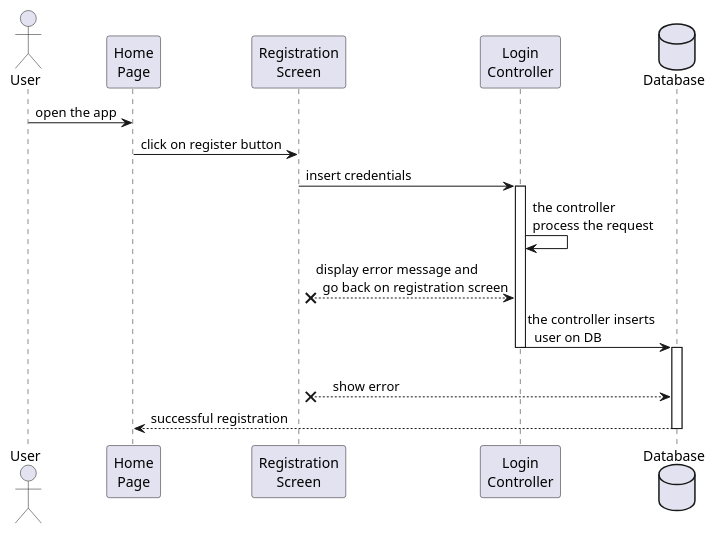
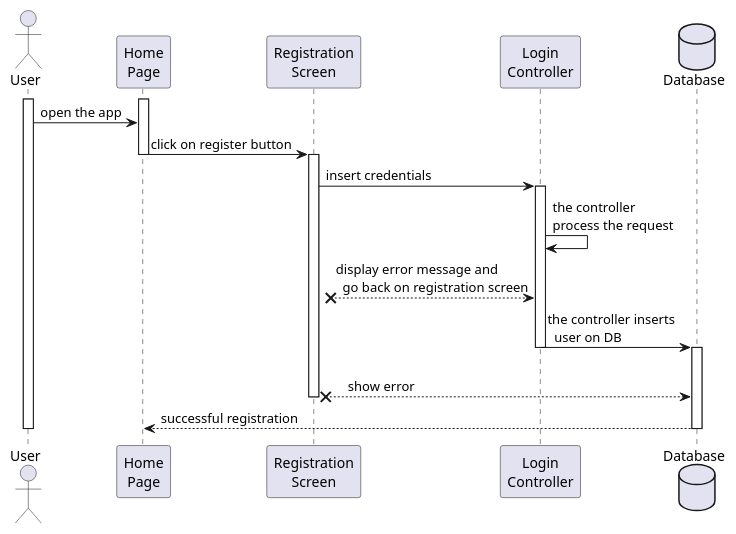
Before and after one commit to TommasoScalici/FoodDelivery: the diagram in src/main/java/unipa/fooddelivery/diagrams/sequence/user/register.wsd, drawn with PlantUML. The commit also changed 13 other files, not shown here.

Commit message:
definitive fix of all sequence diagram present on the relation

```diff
--- a/src/main/java/unipa/fooddelivery/diagrams/sequence/user/register.wsd
+++ b/src/main/java/unipa/fooddelivery/diagrams/sequence/user/register.wsd
@@ -1,23 +1,30 @@
 @startuml register
 
 actor User
 participant "Home\nPage" as HomePage
 participant "Registration\nScreen" as RegistrationScreen
 participant "Login\nController" as LoginController
 database Database
 
-User -> HomePage: open the app
-HomePage -> RegistrationScreen: click on register button
-RegistrationScreen -> LoginController: insert credentials
-activate LoginController
-LoginController -> LoginController: the controller\nprocess the request
-RegistrationScreen x-- LoginController: display error message and\n  go back on registration screen
-LoginController -> Database: the controller inserts\n  user on DB
-deactivate LoginController
+activate User
+    activate HomePage
+        User -> HomePage: open the app
+        HomePage -> RegistrationScreen: click on register button
+    deactivate HomePage
 
-activate Database
-RegistrationScreen x-- Database : \n     show error
-HomePage <-- Database: successful registration
-deactivate Database
+    activate RegistrationScreen
+        RegistrationScreen -> LoginController: insert credentials
+        activate LoginController
+        LoginController -> LoginController: the controller\nprocess the request
+        RegistrationScreen x-- LoginController: display error message and\n  go back on registration screen
+        LoginController -> Database: the controller inserts\n  user on DB
+        deactivate LoginController
+
+        activate Database
+        RegistrationScreen x-- Database : \n     show error
+    deactivate RegistrationScreen
+    HomePage <-- Database: successful registration
+    deactivate Database
+deactivate User
 
 @enduml
```
